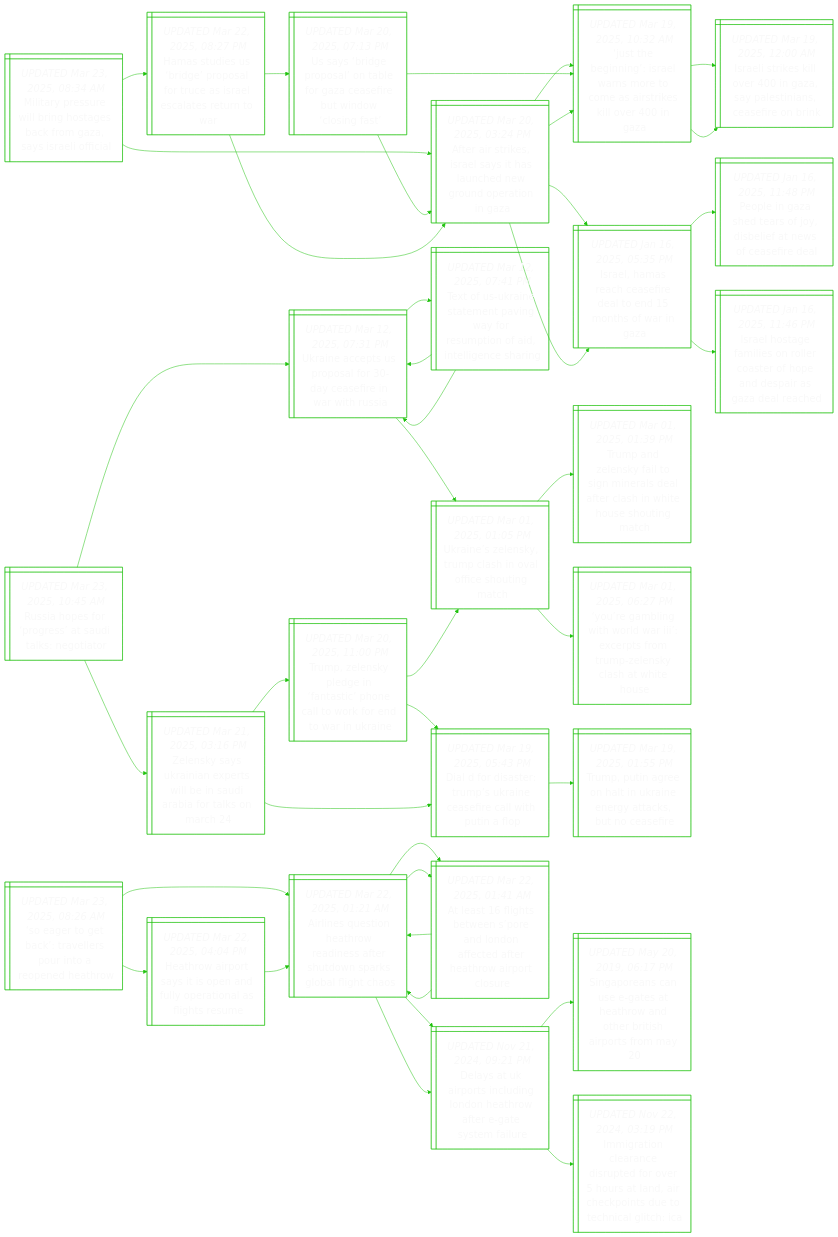
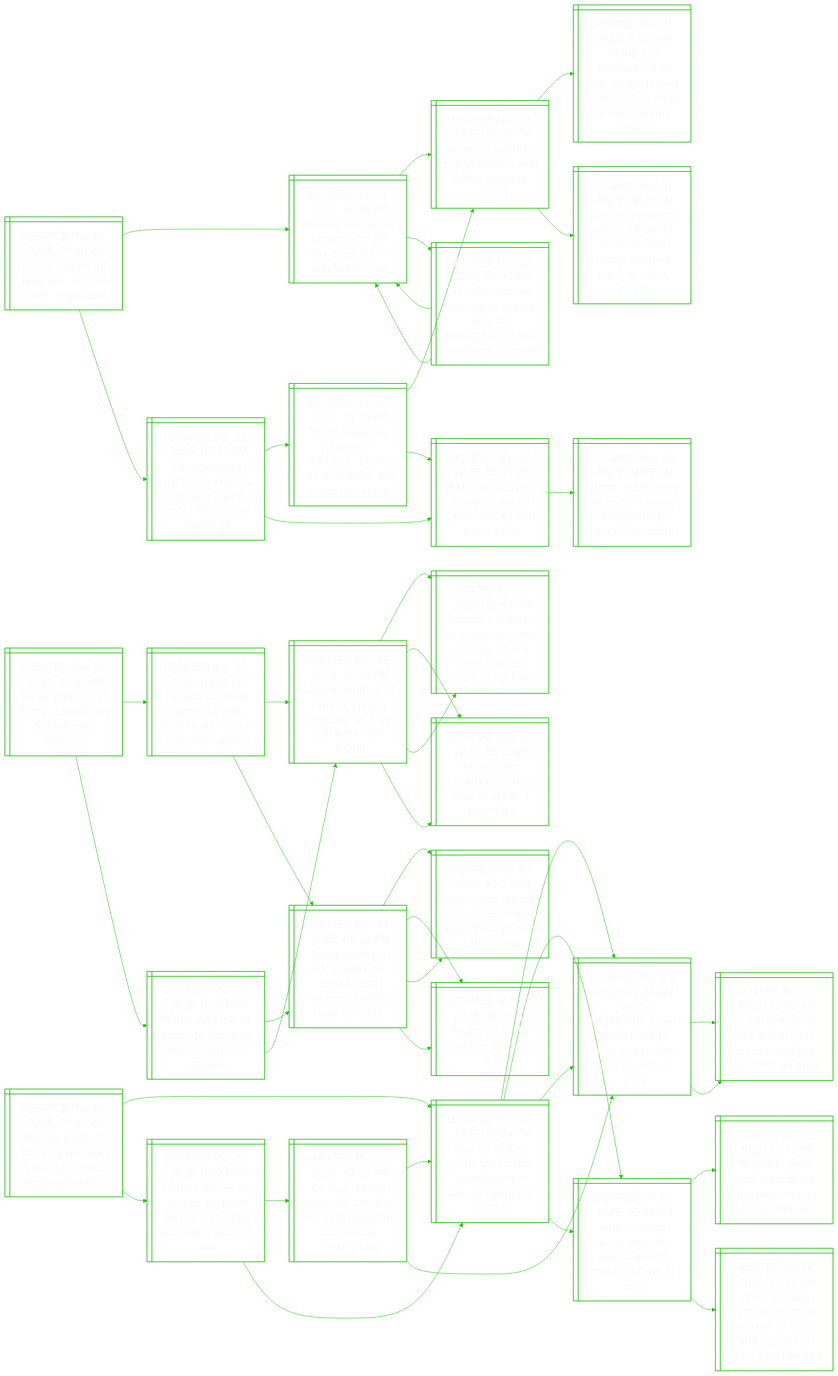
Before and after one commit to notJmes/notJmes: the diagram in README.md, drawn with Mermaid. The commit also changed other lines of this file, not shown here.

````diff
--- a/README.md
+++ b/README.md
@@ -16,7 +16,50 @@
 flowchart LR
 classDef txtsize font-size:20px;
 
-Maeebhgcmssic@{ shape: win-pane, label: "_UPDATED Mar 23, 2025, 08:34 AM_
+RanpeStNi@{ shape: win-pane, label: "_UPDATED Mar 23, 2025, 07:40 PM_
+Russia hoping for ‘progress’ at saudi talks: negotiator" }
+UneSoocfnis@{ shape: win-pane, label: "_UPDATED Mar 12, 2025, 07:31 PM_
+Ukraine accepts us proposal for 30-day ceasefire in war with russia" }
+Unlyphaiogh@{ shape: win-pane, label: "_UPDATED Mar 01, 2025, 01:05 PM_
+Ukraine’s zelensky, trump clash in oval office shouting match" }
+TalytnretaWHsit@{ shape: win-pane, label: "_UPDATED Mar 01, 2025, 01:39 PM_
+Trump and zelensky fail to sign minerals deal after clash in white house shouting match" }
+YgitlIcsTZsaWH@{ shape: win-pane, label: "_UPDATED Mar 01, 2025, 06:27 PM_
+‘you’re gambling with world war iii’: excerpts from trump-zelensky clash at white house" }
+Tfrsmawrmndlna@{ shape: win-pane, label: "_UPDATED Mar 12, 2025, 07:41 PM_
+Text of us-ukraine statement paving way for resumption of aid, intelligence sharing" }
+UneSoocfnis@{ shape: win-pane, label: "_UPDATED Mar 12, 2025, 07:31 PM_
+Ukraine accepts us proposal for 30-day ceasefire in war with russia" }
+UneSoocfnis@{ shape: win-pane, label: "_UPDATED Mar 12, 2025, 07:31 PM_
+Ukraine accepts us proposal for 30-day ceasefire in war with russia" }
+Zsyanrlniitoc@{ shape: win-pane, label: "_UPDATED Mar 21, 2025, 03:16 PM_
+Zelensky says ukrainian experts will be in saudi arabia for talks on march 24" }
+TZsenapcofdrr@{ shape: win-pane, label: "_UPDATED Mar 20, 2025, 11:00 PM_
+Trump, zelensky pledge in ‘fantastic’ phone call to work for end to war in ukraine" }
+Unlyphaiogh@{ shape: win-pane, label: "_UPDATED Mar 01, 2025, 01:05 PM_
+Ukraine’s zelensky, trump clash in oval office shouting match" }
+Dfsrpaeilhnp@{ shape: win-pane, label: "_UPDATED Mar 19, 2025, 05:43 PM_
+Dial d for disaster: trump’s ukraine ceasefire call with putin a flop" }
+Dfsrpaeilhnp@{ shape: win-pane, label: "_UPDATED Mar 19, 2025, 05:43 PM_
+Dial d for disaster: trump’s ukraine ceasefire call with putin a flop" }
+TPaotreyctar@{ shape: win-pane, label: "_UPDATED Mar 19, 2025, 01:55 PM_
+Trump, putin agree on halt in ukraine energy attacks, but no ceasefire" }
+
+RanpeStNi:::txtsize --> UneSoocfnis:::txtsize
+UneSoocfnis:::txtsize --> Unlyphaiogh:::txtsize
+Unlyphaiogh:::txtsize --> TalytnretaWHsit:::txtsize
+Unlyphaiogh:::txtsize --> YgitlIcsTZsaWH:::txtsize
+UneSoocfnis:::txtsize --> Tfrsmawrmndlna:::txtsize
+Tfrsmawrmndlna:::txtsize --> UneSoocfnis:::txtsize
+Tfrsmawrmndlna:::txtsize --> UneSoocfnis:::txtsize
+RanpeStNi:::txtsize --> Zsyanrlniitoc:::txtsize
+Zsyanrlniitoc:::txtsize --> TZsenapcofdrr:::txtsize
+TZsenapcofdrr:::txtsize --> Unlyphaiogh:::txtsize
+TZsenapcofdrr:::txtsize --> Dfsrpaeilhnp:::txtsize
+Zsyanrlniitoc:::txtsize --> Dfsrpaeilhnp:::txtsize
+Dfsrpaeilhnp:::txtsize --> TPaotreyctar:::txtsize
+
+Maeebhgcmssic@{ shape: win-pane, label: "_UPDATED Mar 23, 2025, 07:46 PM_
 Military pressure will bring hostages back from gaza, says israeli official" }
 AarIlilhwnrnz@{ shape: win-pane, label: "_UPDATED Mar 20, 2025, 03:24 PM_
 After air strikes, israel says it has launched new ground operation in gaza" }
@@ -62,84 +105,50 @@
 AarIlilhwnrnz:::txtsize --> Jhigenemiiiea:::txtsize
 AarIlilhwnrnz:::txtsize --> Ilshedoooia:::txtsize
 
-Rasrsaaea@{ shape: win-pane, label: "_UPDATED Mar 23, 2025, 10:45 AM_
-Russia hopes for ‘progress’ at saudi talks: negotiator" }
-UneSoocfnis@{ shape: win-pane, label: "_UPDATED Mar 12, 2025, 07:31 PM_
-Ukraine accepts us proposal for 30-day ceasefire in war with russia" }
-Unlyphaiogh@{ shape: win-pane, label: "_UPDATED Mar 01, 2025, 01:05 PM_
-Ukraine’s zelensky, trump clash in oval office shouting match" }
-TalytnretaWHsit@{ shape: win-pane, label: "_UPDATED Mar 01, 2025, 01:39 PM_
-Trump and zelensky fail to sign minerals deal after clash in white house shouting match" }
-YgitlIcsTZsaWH@{ shape: win-pane, label: "_UPDATED Mar 01, 2025, 06:27 PM_
-‘you’re gambling with world war iii’: excerpts from trump-zelensky clash at white house" }
-Tfrsmawrmndlna@{ shape: win-pane, label: "_UPDATED Mar 12, 2025, 07:41 PM_
-Text of us-ukraine statement paving way for resumption of aid, intelligence sharing" }
-UneSoocfnis@{ shape: win-pane, label: "_UPDATED Mar 12, 2025, 07:31 PM_
-Ukraine accepts us proposal for 30-day ceasefire in war with russia" }
-UneSoocfnis@{ shape: win-pane, label: "_UPDATED Mar 12, 2025, 07:31 PM_
-Ukraine accepts us proposal for 30-day ceasefire in war with russia" }
-Zsyanrlniitoc@{ shape: win-pane, label: "_UPDATED Mar 21, 2025, 03:16 PM_
-Zelensky says ukrainian experts will be in saudi arabia for talks on march 24" }
-TZsenapcofdrr@{ shape: win-pane, label: "_UPDATED Mar 20, 2025, 11:00 PM_
-Trump, zelensky pledge in ‘fantastic’ phone call to work for end to war in ukraine" }
-Unlyphaiogh@{ shape: win-pane, label: "_UPDATED Mar 01, 2025, 01:05 PM_
-Ukraine’s zelensky, trump clash in oval office shouting match" }
-Dfsrpaeilhnp@{ shape: win-pane, label: "_UPDATED Mar 19, 2025, 05:43 PM_
-Dial d for disaster: trump’s ukraine ceasefire call with putin a flop" }
-Dfsrpaeilhnp@{ shape: win-pane, label: "_UPDATED Mar 19, 2025, 05:43 PM_
-Dial d for disaster: trump’s ukraine ceasefire call with putin a flop" }
-TPaotreyctar@{ shape: win-pane, label: "_UPDATED Mar 19, 2025, 01:55 PM_
-Trump, putin agree on halt in ukraine energy attacks, but no ceasefire" }
+UttTCaoslo@{ shape: win-pane, label: "_UPDATED Mar 23, 2025, 07:27 PM_
+Under threat from trump, canada set to hold snap elections" }
+Carnvtfeiigr@{ shape: win-pane, label: "_UPDATED Mar 22, 2025, 03:22 PM_
+Canada pm mark carney unveils tariff relief, ‘nation building’ reforms" }
+CynCamiseotm@{ shape: win-pane, label: "_UPDATED Mar 15, 2025, 10:48 PM_
+Carney sworn in as canada’s prime minister, says he can work with trump" }
+Cadogrieermrfi@{ shape: win-pane, label: "_UPDATED Jan 07, 2025, 01:53 PM_
+Canada’s trudeau to resign as prime minister after 9 years, blames party infighting" }
+TjCamtard@{ shape: win-pane, label: "_UPDATED Dec 19, 2024, 05:00 PM_
+Trump jokes canada becoming 51st us state ‘a great idea’" }
+TcrroadcbeC@{ shape: win-pane, label: "_UPDATED Mar 04, 2025, 05:11 PM_
+Trump confirms 25% tariffs on canada and mexico, doubles levy on china" }
+MoapnTghhtfa@{ shape: win-pane, label: "_UPDATED Mar 03, 2025, 11:24 PM_
+Mexico has backup plan in case trump goes through with tariff threat" }
+Fgtaer@{ shape: win-pane, label: "_UPDATED Mar 03, 2025, 06:07 AM_
+Facing up to the realities of trump 2.0" }
+Tsterahrand@{ shape: win-pane, label: "_UPDATED Mar 19, 2025, 03:57 PM_
+Trump says it’ll be easier to deal with liberal leader in canada" }
+TcrroadcbeC@{ shape: win-pane, label: "_UPDATED Mar 04, 2025, 05:11 PM_
+Trump confirms 25% tariffs on canada and mexico, doubles levy on china" }
+MoapnTghhtfa@{ shape: win-pane, label: "_UPDATED Mar 03, 2025, 11:24 PM_
+Mexico has backup plan in case trump goes through with tariff threat" }
+Fgtaer@{ shape: win-pane, label: "_UPDATED Mar 03, 2025, 06:07 AM_
+Facing up to the realities of trump 2.0" }
+CynCamiseotm@{ shape: win-pane, label: "_UPDATED Mar 15, 2025, 10:48 PM_
+Carney sworn in as canada’s prime minister, says he can work with trump" }
+Cadogrieermrfi@{ shape: win-pane, label: "_UPDATED Jan 07, 2025, 01:53 PM_
+Canada’s trudeau to resign as prime minister after 9 years, blames party infighting" }
+TjCamtard@{ shape: win-pane, label: "_UPDATED Dec 19, 2024, 05:00 PM_
+Trump jokes canada becoming 51st us state ‘a great idea’" }
 
-Rasrsaaea:::txtsize --> UneSoocfnis:::txtsize
-UneSoocfnis:::txtsize --> Unlyphaiogh:::txtsize
-Unlyphaiogh:::txtsize --> TalytnretaWHsit:::txtsize
-Unlyphaiogh:::txtsize --> YgitlIcsTZsaWH:::txtsize
-UneSoocfnis:::txtsize --> Tfrsmawrmndlna:::txtsize
-Tfrsmawrmndlna:::txtsize --> UneSoocfnis:::txtsize
-Tfrsmawrmndlna:::txtsize --> UneSoocfnis:::txtsize
-Rasrsaaea:::txtsize --> Zsyanrlniitoc:::txtsize
-Zsyanrlniitoc:::txtsize --> TZsenapcofdrr:::txtsize
-TZsenapcofdrr:::txtsize --> Unlyphaiogh:::txtsize
-TZsenapcofdrr:::txtsize --> Dfsrpaeilhnp:::txtsize
-Zsyanrlniitoc:::txtsize --> Dfsrpaeilhnp:::txtsize
-Dfsrpaeilhnp:::txtsize --> TPaotreyctar:::txtsize
-
-Seekesirnaw@{ shape: win-pane, label: "_UPDATED Mar 23, 2025, 08:26 AM_
-‘so eager to get back’: travellers pour into a reopened heathrow" }
-Anenheetunkbih@{ shape: win-pane, label: "_UPDATED Mar 22, 2025, 01:21 AM_
-Airlines question heathrow readiness after shutdown sparks global flight chaos" }
-Dsarcndawreel@{ shape: win-pane, label: "_UPDATED Nov 21, 2024, 09:21 PM_
-Delays at uk airports including london heathrow after e-gate system failure" }
-Spnuathnetitm@{ shape: win-pane, label: "_UPDATED May 20, 2019, 06:17 PM_
-Singaporeans can use e-gates at heathrow and other british airports from may 20" }
-Irnrdporsncpsongh@{ shape: win-pane, label: "_UPDATED Nov 22, 2024, 03:19 PM_
-Immigration clearance disrupted for over 5 hours at land, air checkpoints due to technical glitch: ica" }
-Asgeneoattawoo@{ shape: win-pane, label: "_UPDATED Mar 22, 2025, 01:41 AM_
-At least 16 flights between s’pore and london affected after heathrow airport closure" }
-Anenheetunkbih@{ shape: win-pane, label: "_UPDATED Mar 22, 2025, 01:21 AM_
-Airlines question heathrow readiness after shutdown sparks global flight chaos" }
-Anenheetunkbih@{ shape: win-pane, label: "_UPDATED Mar 22, 2025, 01:21 AM_
-Airlines question heathrow readiness after shutdown sparks global flight chaos" }
-Hrrstefotlire@{ shape: win-pane, label: "_UPDATED Mar 22, 2025, 04:04 PM_
-Heathrow airport says it is open and fully operational as flights resume" }
-Anenheetunkbih@{ shape: win-pane, label: "_UPDATED Mar 22, 2025, 01:21 AM_
-Airlines question heathrow readiness after shutdown sparks global flight chaos" }
-Dsarcndawreel@{ shape: win-pane, label: "_UPDATED Nov 21, 2024, 09:21 PM_
-Delays at uk airports including london heathrow after e-gate system failure" }
-Asgeneoattawoo@{ shape: win-pane, label: "_UPDATED Mar 22, 2025, 01:41 AM_
-At least 16 flights between s’pore and london affected after heathrow airport closure" }
-
-Seekesirnaw:::txtsize --> Anenheetunkbih:::txtsize
-Anenheetunkbih:::txtsize --> Dsarcndawreel:::txtsize
-Dsarcndawreel:::txtsize --> Spnuathnetitm:::txtsize
-Dsarcndawreel:::txtsize --> Irnrdporsncpsongh:::txtsize
-Anenheetunkbih:::txtsize --> Asgeneoattawoo:::txtsize
-Asgeneoattawoo:::txtsize --> Anenheetunkbih:::txtsize
-Asgeneoattawoo:::txtsize --> Anenheetunkbih:::txtsize
-Seekesirnaw:::txtsize --> Hrrstefotlire:::txtsize
-Hrrstefotlire:::txtsize --> Anenheetunkbih:::txtsize
-Anenheetunkbih:::txtsize --> Dsarcndawreel:::txtsize
-Anenheetunkbih:::txtsize --> Asgeneoattawoo:::txtsize
+UttTCaoslo:::txtsize --> Carnvtfeiigr:::txtsize
+Carnvtfeiigr:::txtsize --> CynCamiseotm:::txtsize
+CynCamiseotm:::txtsize --> Cadogrieermrfi:::txtsize
+CynCamiseotm:::txtsize --> TjCamtard:::txtsize
+Carnvtfeiigr:::txtsize --> TcrroadcbeC:::txtsize
+TcrroadcbeC:::txtsize --> MoapnTghhtfa:::txtsize
+TcrroadcbeC:::txtsize --> Fgtaer:::txtsize
+UttTCaoslo:::txtsize --> Tsterahrand:::txtsize
+Tsterahrand:::txtsize --> TcrroadcbeC:::txtsize
+TcrroadcbeC:::txtsize --> MoapnTghhtfa:::txtsize
+TcrroadcbeC:::txtsize --> Fgtaer:::txtsize
+Tsterahrand:::txtsize --> CynCamiseotm:::txtsize
+CynCamiseotm:::txtsize --> Cadogrieermrfi:::txtsize
+CynCamiseotm:::txtsize --> TjCamtard:::txtsize
 
 ```
````
